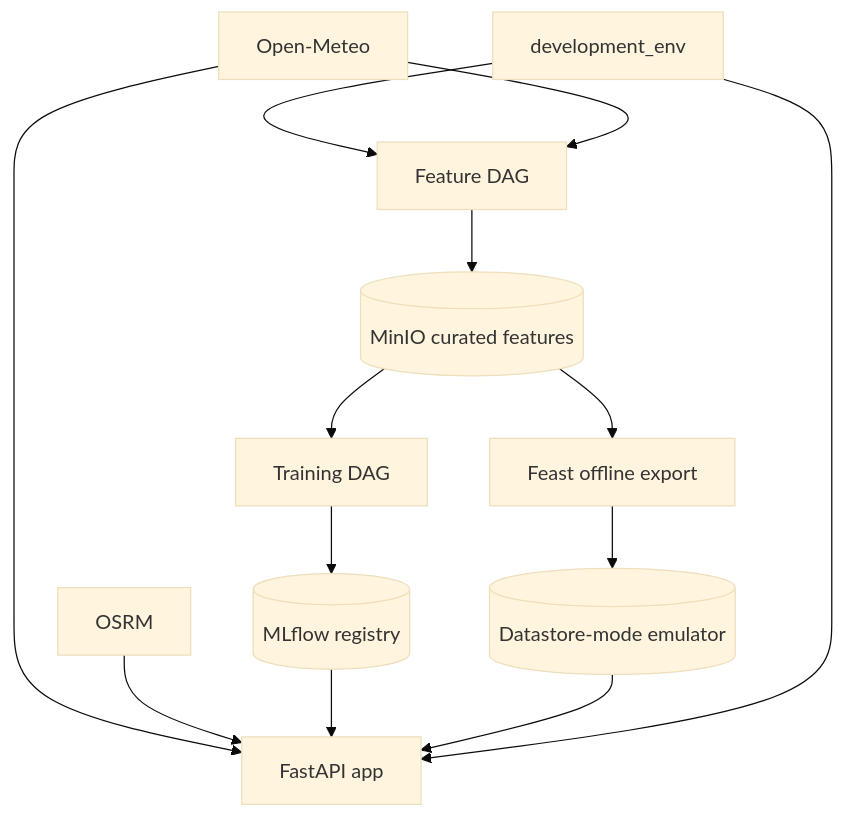
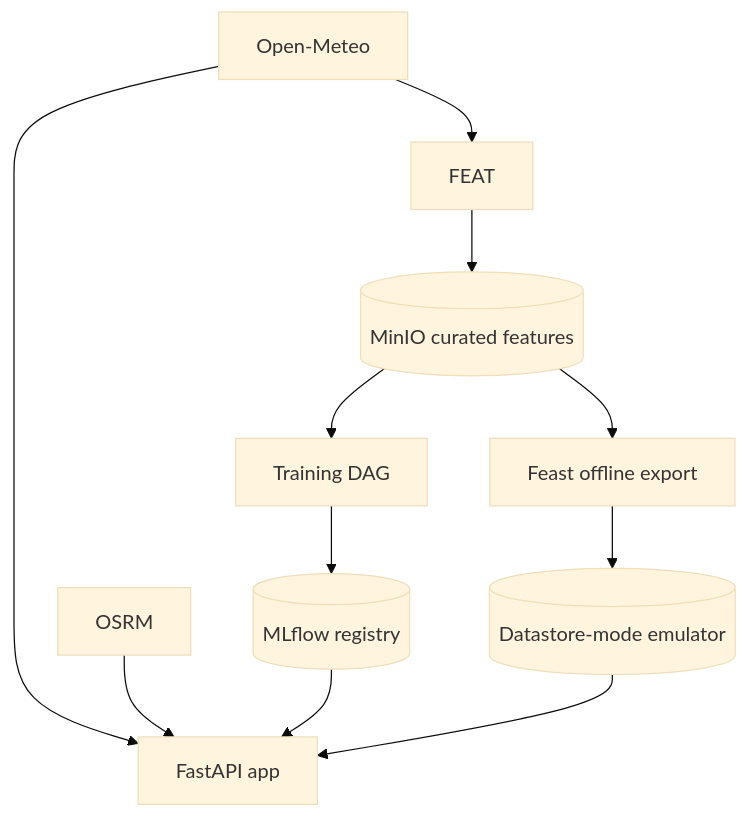
Before and after one commit to javihslu/foehncast: the third of 5 diagrams in docs/site/system/architecture.md, drawn with Mermaid (base theme). The commit also changed other lines of this file and 27 other files, not shown here.

```diff
--- a/docs/site/system/architecture.md
+++ b/docs/site/system/architecture.md
@@ -74,17 +74,15 @@
 <div class="mermaid">
 flowchart TD
-    DEV[development_env] --> FEAT[Feature DAG]
     OME[Open-Meteo] --> FEAT
     FEAT --> PAR[(MinIO curated features)]
     PAR --> TRAIN[Training DAG]
     TRAIN --> MLF[(MLflow registry)]
 
     OME --> APP[FastAPI app]
     OSRM[OSRM] --> APP
     MLF --> APP
 
     PAR --> OFF[Feast offline export]
     OFF --> FEAST[(Datastore-mode emulator)]
     FEAST --> APP
-    DEV --> APP
 </div>
```
